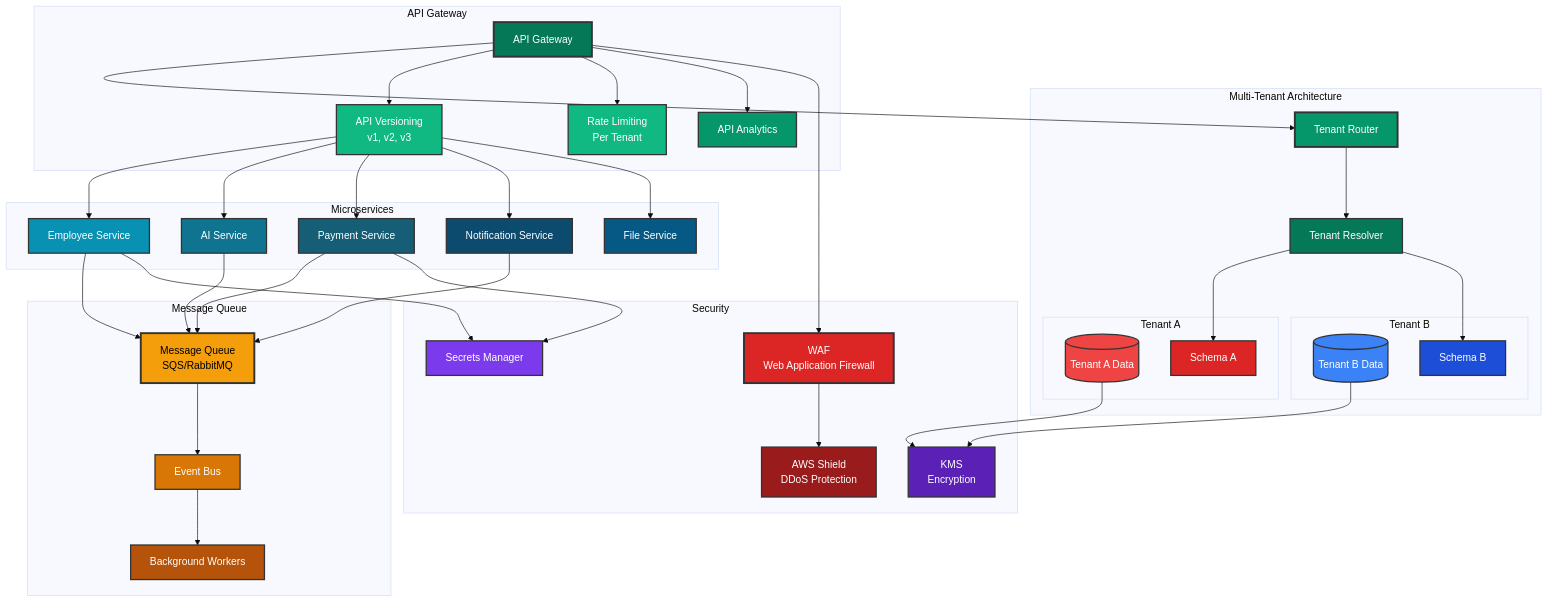
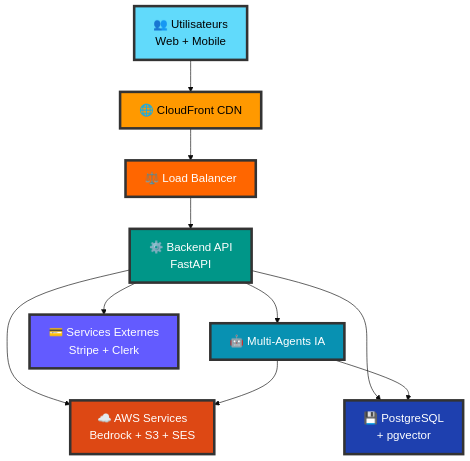
Diagram 12 of 24 in documentation/00-ARCHITECTURE.md (inskillflow/awsbedrock-demo-1-inmemory), drawn with Mermaid (base theme) before and after one commit. The commit also changed other lines of this file, not shown here.

````diff
--- a/documentation/00-ARCHITECTURE.md
+++ b/documentation/00-ARCHITECTURE.md
@@ -880,101 +686,30 @@
 ```mermaid
-graph TB
-    subgraph "Multi-Tenant Architecture"
-        subgraph "Tenant A"
-            TenantA_Data[(Tenant A Data)]
-            TenantA_Schema[Schema A]
-        end
-        
-        subgraph "Tenant B"
-            TenantB_Data[(Tenant B Data)]
-            TenantB_Schema[Schema B]
-        end
-        
-        TenantRouter[Tenant Router]
-        TenantResolver[Tenant Resolver]
-    end
+flowchart TD
+    Users[👥 Utilisateurs<br/>Web + Mobile]
+    CDN[🌐 CloudFront CDN]
+    LB[⚖️ Load Balancer]
+    App[⚙️ Backend API<br/>FastAPI]
+    Agents[🤖 Multi-Agents IA]
+    DB[💾 PostgreSQL<br/>+ pgvector]
+    AWS[☁️ AWS Services<br/>Bedrock + S3 + SES]
+    External[💳 Services Externes<br/>Stripe + Clerk]
     
-    subgraph "API Gateway"
-        Gateway[API Gateway]
-        Versioning[API Versioning<br/>v1, v2, v3]
-        RateLimit[Rate Limiting<br/>Per Tenant]
-        Analytics[API Analytics]
-    end
+    Users --> CDN
+    CDN --> LB
+    LB --> App
+    App --> Agents
+    App --> DB
+    App --> AWS
+    App --> External
+    Agents --> AWS
+    Agents --> DB
     
-    subgraph "Microservices"
-        EmployeeService[Employee Service]
-        AIService[AI Service]
-        PaymentService[Payment Service]
-        NotificationService[Notification Service]
-        FileService[File Service]
-    end
-    
-    subgraph "Message Queue"
-        Queue[Message Queue<br/>SQS/RabbitMQ]
-        EventBus[Event Bus]
-        Workers[Background Workers]
-    end
-    
-    subgraph "Security"
-        WAF[WAF<br/>Web Application Firewall]
-        Shield[AWS Shield<br/>DDoS Protection]
-        Secrets[Secrets Manager]
-        KMS[KMS<br/>Encryption]
-    end
-    
-    Gateway --> TenantRouter
-    TenantRouter --> TenantResolver
-    
-    TenantResolver --> TenantA_Schema
-    TenantResolver --> TenantB_Schema
-    
-    Gateway --> Versioning
-    Gateway --> RateLimit
-    Gateway --> Analytics
-    
-    Versioning --> EmployeeService
-    Versioning --> AIService
-    Versioning --> PaymentService
-    Versioning --> NotificationService
-    Versioning --> FileService
-    
-    EmployeeService --> Queue
-    AIService --> Queue
-    PaymentService --> Queue
-    NotificationService --> Queue
-    
-    Queue --> EventBus
-    EventBus --> Workers
-    
-    Gateway --> WAF
-    WAF --> Shield
-    
-    EmployeeService --> Secrets
-    PaymentService --> Secrets
-    
-    TenantA_Data --> KMS
-    TenantB_Data --> KMS
-    
-    style TenantA_Data fill:#EF4444,stroke:#333,stroke-width:2px,color:#fff
-    style TenantB_Data fill:#3B82F6,stroke:#333,stroke-width:2px,color:#fff
-    style TenantA_Schema fill:#DC2626,stroke:#333,stroke-width:2px,color:#fff
-    style TenantB_Schema fill:#1D4ED8,stroke:#333,stroke-width:2px,color:#fff
-    style TenantRouter fill:#059669,stroke:#333,stroke-width:3px,color:#fff
-    style TenantResolver fill:#047857,stroke:#333,stroke-width:2px,color:#fff
-    style Gateway fill:#047857,stroke:#333,stroke-width:3px,color:#fff
-    style Versioning fill:#10B981,stroke:#333,stroke-width:2px,color:#fff
-    style RateLimit fill:#10B981,stroke:#333,stroke-width:2px,color:#fff
-    style Analytics fill:#059669,stroke:#333,stroke-width:2px,color:#fff
-    style EmployeeService fill:#0891B2,stroke:#333,stroke-width:2px,color:#fff
-    style AIService fill:#0E7490,stroke:#333,stroke-width:2px,color:#fff
-    style PaymentService fill:#155E75,stroke:#333,stroke-width:2px,color:#fff
-    style NotificationService fill:#0C4A6E,stroke:#333,stroke-width:2px,color:#fff
-    style FileService fill:#075985,stroke:#333,stroke-width:2px,color:#fff
-    style Queue fill:#F59E0B,stroke:#333,stroke-width:3px,color:#000
-    style EventBus fill:#D97706,stroke:#333,stroke-width:2px,color:#fff
-    style Workers fill:#B45309,stroke:#333,stroke-width:2px,color:#fff
-    style WAF fill:#DC2626,stroke:#333,stroke-width:3px,color:#fff
-    style Shield fill:#991B1B,stroke:#333,stroke-width:2px,color:#fff
-    style Secrets fill:#7C3AED,stroke:#333,stroke-width:2px,color:#fff
-    style KMS fill:#5B21B6,stroke:#333,stroke-width:2px,color:#fff
+    style Users fill:#61DAFB,stroke:#333,stroke-width:4px,color:#000,font-size:18px
+    style CDN fill:#FF9900,stroke:#333,stroke-width:4px,color:#000,font-size:18px
+    style LB fill:#FF6600,stroke:#333,stroke-width:4px,color:#fff,font-size:18px
+    style App fill:#009688,stroke:#333,stroke-width:4px,color:#fff,font-size:18px
+    style Agents fill:#0891B2,stroke:#333,stroke-width:4px,color:#fff,font-size:18px
+    style DB fill:#1E40AF,stroke:#333,stroke-width:4px,color:#fff,font-size:18px
+    style AWS fill:#DD4814,stroke:#333,stroke-width:4px,color:#fff,font-size:18px
+    style External fill:#635BFF,stroke:#333,stroke-width:4px,color:#fff,font-size:18px
 ```
````
